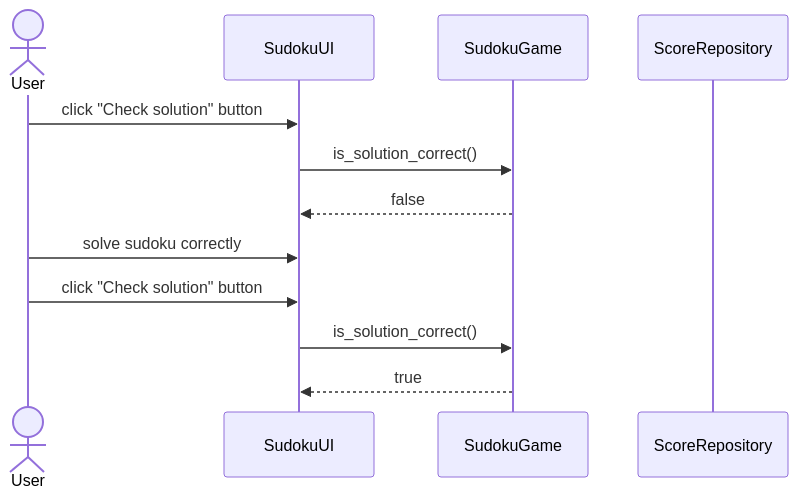
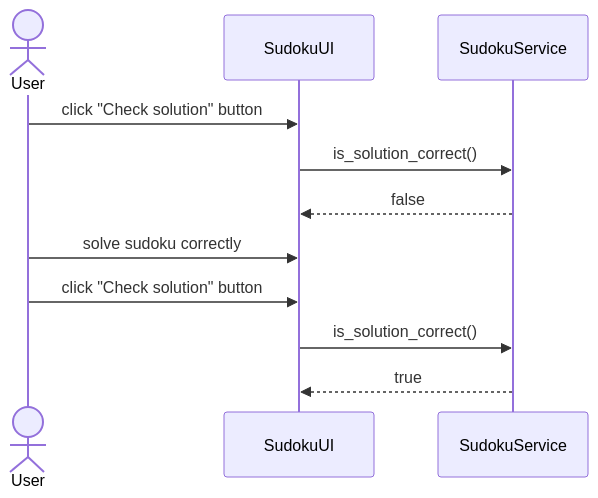
Before and after one commit to uyenmh/ot-harjoitustyo: the third of 4 diagrams in dokumentaatio/arkkitehtuuri.md, drawn with Mermaid. The commit also changed other lines of this file and 12 other files, not shown here.

````diff
--- a/dokumentaatio/arkkitehtuuri.md
+++ b/dokumentaatio/arkkitehtuuri.md
@@ -73,16 +98,15 @@
 ```mermaid
 sequenceDiagram
   actor User
   participant SudokuUI
-  participant SudokuGame
-  participant ScoreRepository
+  participant SudokuService
 
   User->>SudokuUI: click "Check solution" button
-  SudokuUI->>SudokuGame: is_solution_correct()
-  SudokuGame-->>SudokuUI: false
+  SudokuUI->>SudokuService: is_solution_correct()
+  SudokuService-->>SudokuUI: false
   User->>SudokuUI: solve sudoku correctly
   User->>SudokuUI: click "Check solution" button
-  SudokuUI->>SudokuGame: is_solution_correct()
-  SudokuGame-->>SudokuUI: true
+  SudokuUI->>SudokuService: is_solution_correct()
+  SudokuService-->>SudokuUI: true
   
 ```
````
